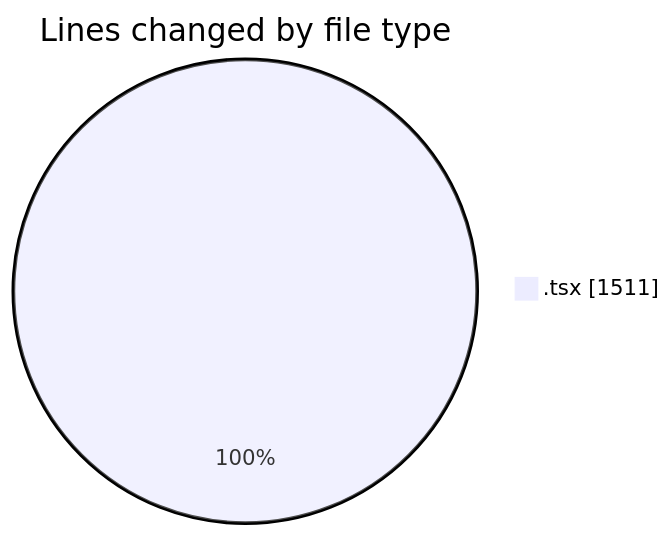
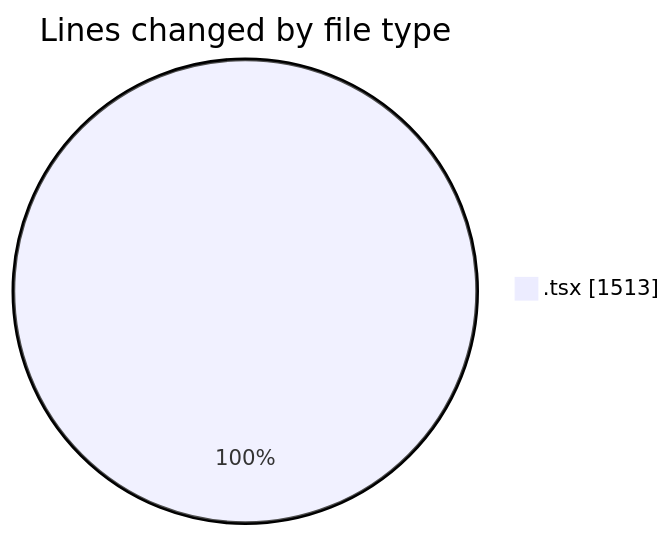
One commit to nxtqubesakshisongat/code-tracking changed the first of 2 diagrams in 2026-03-30/nxtqube_webapp/README.md. Above: the diagram before and after it, drawn with Mermaid. The commit also changed other lines of this file and 1 other file, not shown here.

````diff
--- a/2026-03-30/nxtqube_webapp/README.md
+++ b/2026-03-30/nxtqube_webapp/README.md
@@ -22,5 +22,5 @@
 ```mermaid
 pie showData
 title Lines changed by file type
-".tsx" : 1511
+".tsx" : 1513
 ```
````
